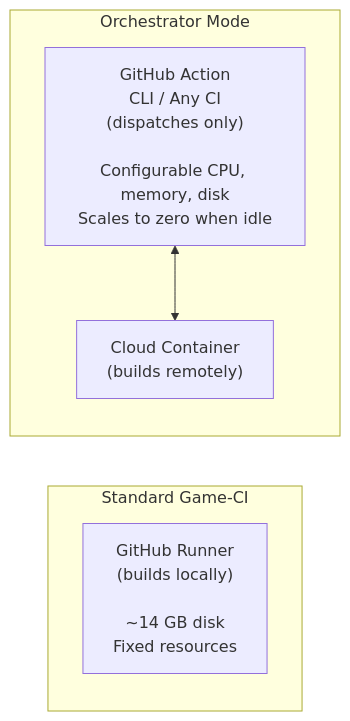
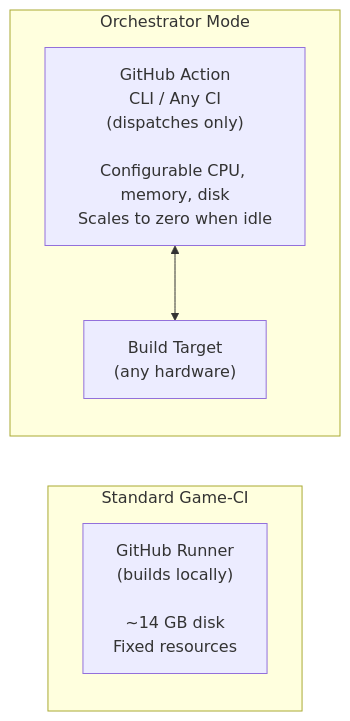
Before and after one commit to game-ci/documentation: the diagram in docs/03-github-orchestrator/02-game-ci-vs-orchestrator.mdx, drawn with Mermaid. The commit also changed other lines of this file and 2 other files, not shown here.

First line of the commit message:
docs: reframe orchestrator as hardware-agnostic, not cloud-first

````diff
--- a/docs/03-github-orchestrator/02-game-ci-vs-orchestrator.mdx
+++ b/docs/03-github-orchestrator/02-game-ci-vs-orchestrator.mdx
@@ -25,11 +26,11 @@
 ```mermaid
 flowchart LR
   subgraph Standard Game-CI
     GR["GitHub Runner\n(builds locally)\n\n~14 GB disk\nFixed resources"]
   end
   subgraph Orchestrator Mode
     GA["GitHub Action\nCLI / Any CI\n(dispatches only)\n\nConfigurable CPU, memory, disk\nScales to zero when idle"]
-    CC["Cloud Container\n(builds remotely)"]
+    CC["Build Target\n(any hardware)"]
     GA <--> CC
   end
 ```
````
